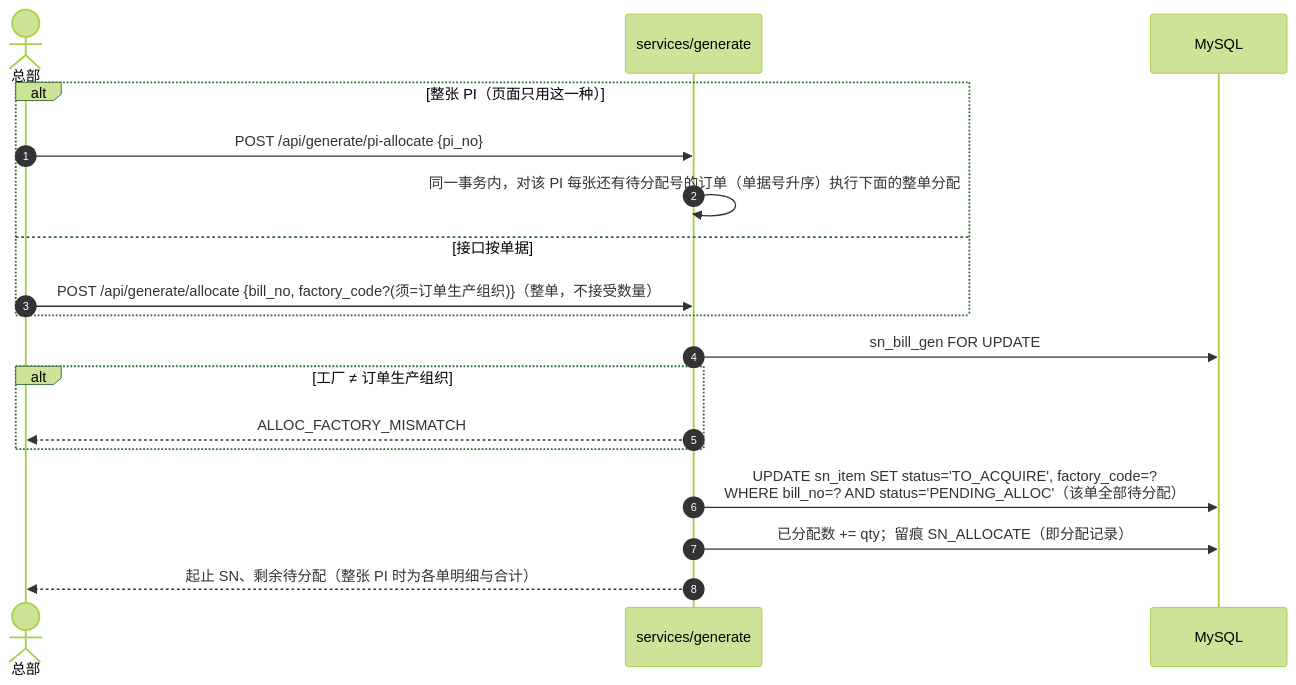
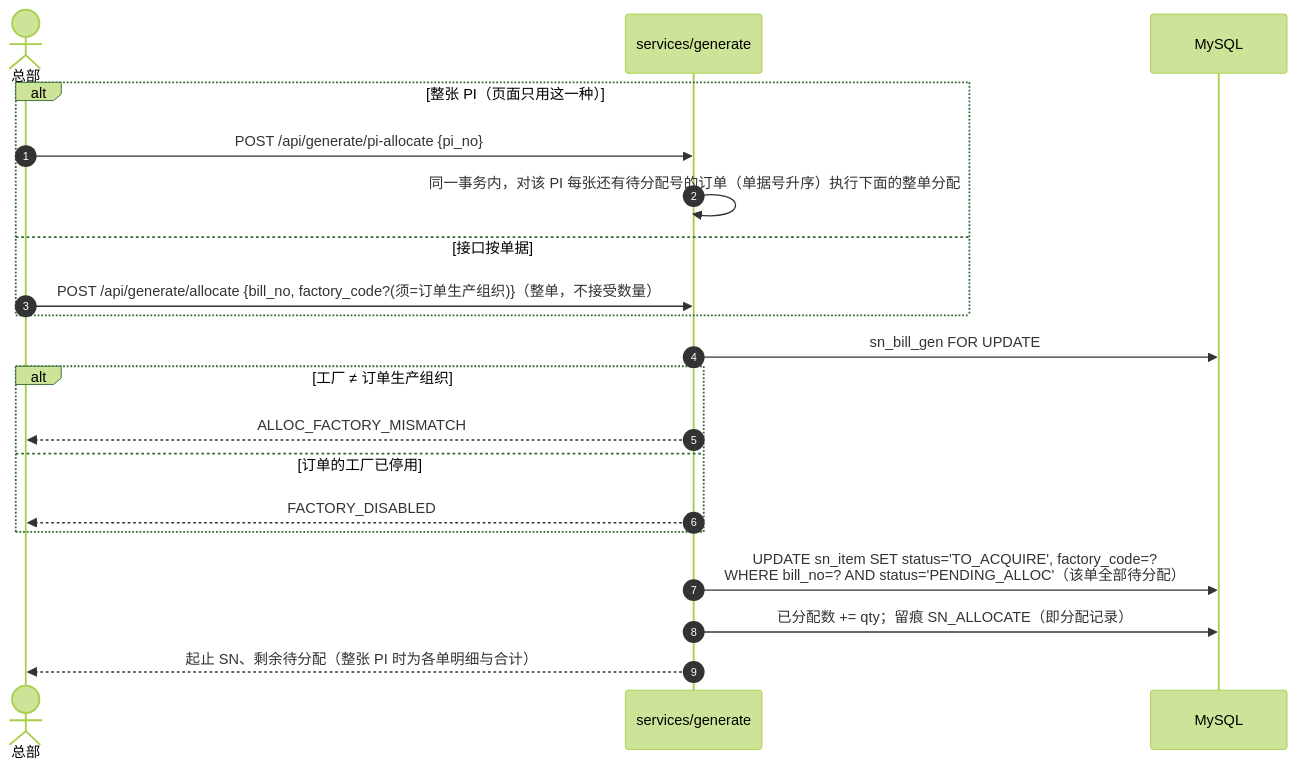
One commit to Createsnow/sn-center changed the eighth of 13 diagrams in docs/技术文档.md. Above: the diagram before and after it, drawn with Mermaid (forest theme). The commit also changed other lines of this file and 13 other files, not shown here.

````diff
--- a/docs/技术文档.md
+++ b/docs/技术文档.md
@@ -307,20 +308,22 @@
 ```mermaid
 sequenceDiagram
     autonumber
     actor H as 总部
     participant G as services/generate
     participant DB as MySQL
     alt 整张 PI（页面只用这一种）
         H->>G: POST /api/generate/pi-allocate {pi_no}
         G->>G: 同一事务内，对该 PI 每张还有待分配号的订单（单据号升序）执行下面的整单分配
     else 接口按单据
         H->>G: POST /api/generate/allocate {bill_no, factory_code?(须=订单生产组织)}（整单，不接受数量）
     end
     G->>DB: sn_bill_gen FOR UPDATE
     alt 工厂 ≠ 订单生产组织
         G-->>H: ALLOC_FACTORY_MISMATCH
+    else 订单的工厂已停用
+        G-->>H: FACTORY_DISABLED
     end
     G->>DB: UPDATE sn_item SET status='TO_ACQUIRE', factory_code=? <br/>WHERE bill_no=? AND status='PENDING_ALLOC'（该单全部待分配）
     G->>DB: 已分配数 += qty；留痕 SN_ALLOCATE（即分配记录）
     G-->>H: 起止 SN、剩余待分配（整张 PI 时为各单明细与合计）
 ```
````
